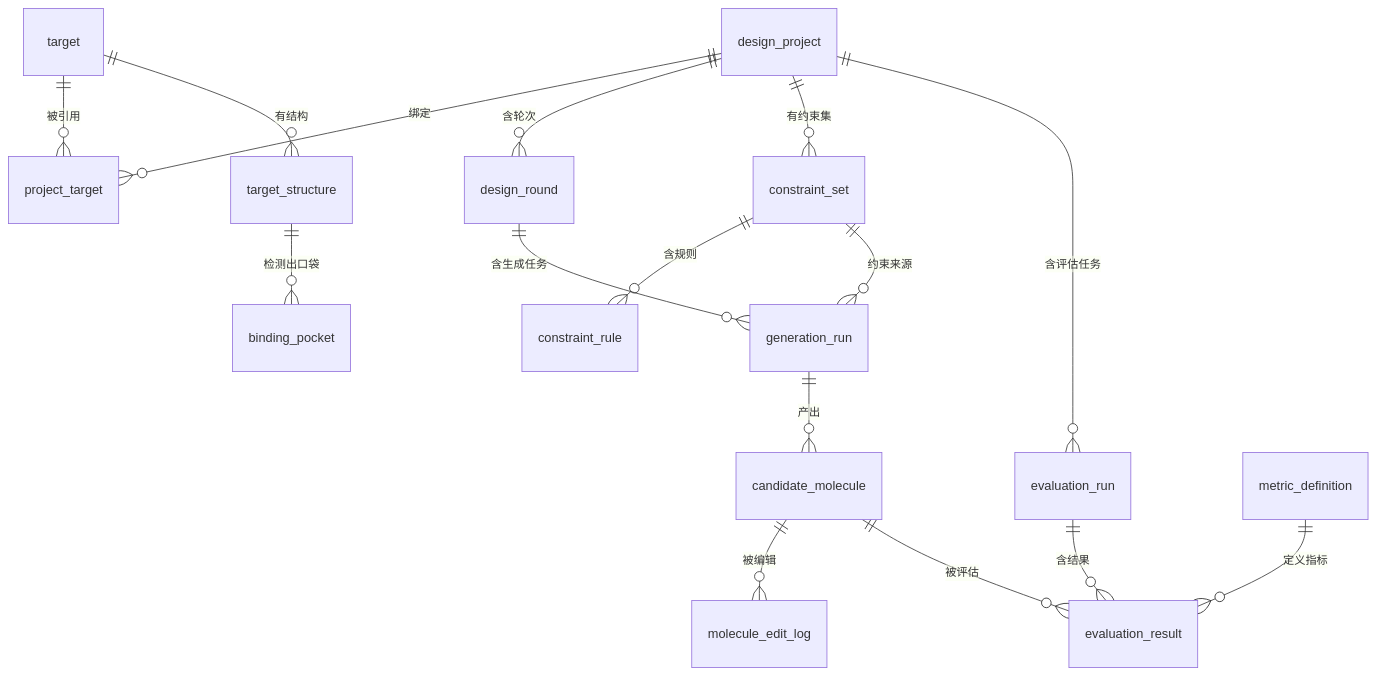
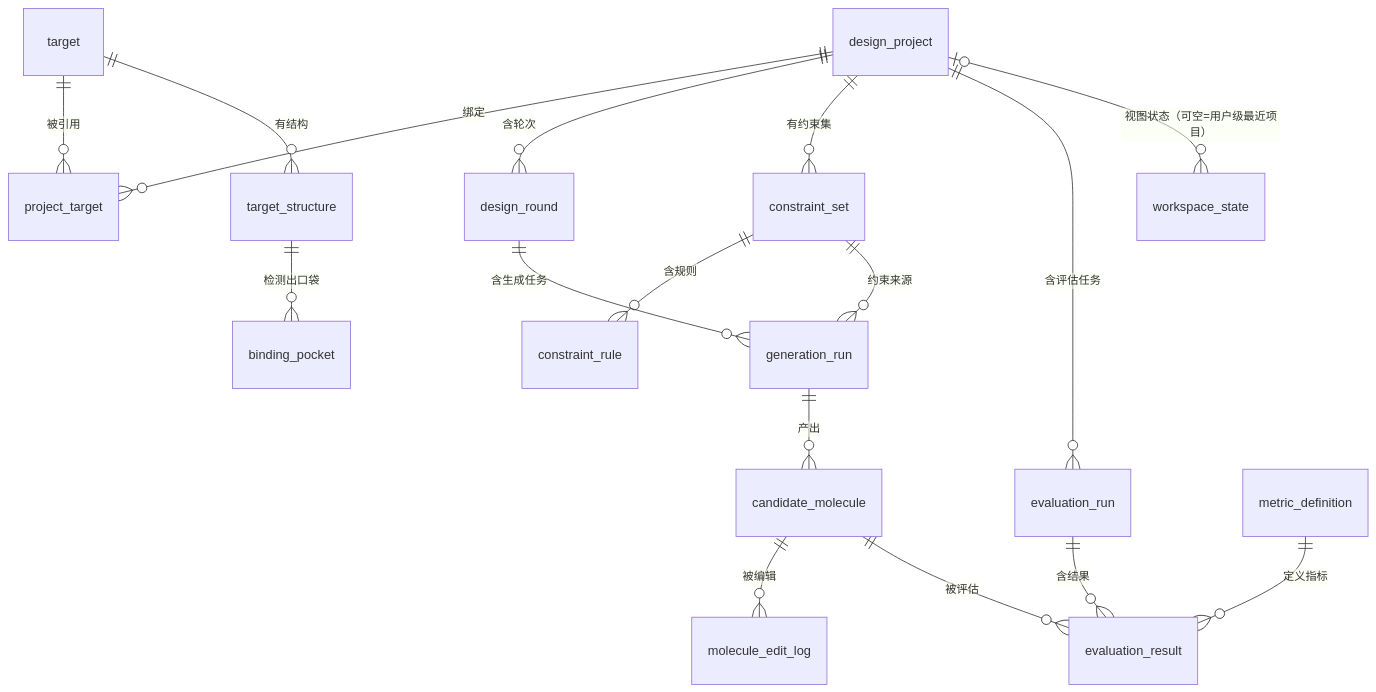
One commit to Ljz4777/SynPharm changed the fourth of 6 diagrams in docs/modules/design/00-总览与架构分工.md. Above: the diagram before and after it, drawn with Mermaid. The commit also changed other lines of this file and 1 other file, not shown here.

First line of the commit message:
docs(design): 明确第一阶段交付物为干实验 IDE，新增工作台与交互设计文档

````diff
--- a/docs/modules/design/00-总览与架构分工.md
+++ b/docs/modules/design/00-总览与架构分工.md
@@ -152,22 +215,23 @@
 ```mermaid
 erDiagram
     design_project ||--o{ project_target : "绑定"
     target ||--o{ project_target : "被引用"
     target ||--o{ target_structure : "有结构"
     target_structure ||--o{ binding_pocket : "检测出口袋"
 
     design_project ||--o{ design_round : "含轮次"
     design_project ||--o{ constraint_set : "有约束集"
     constraint_set ||--o{ constraint_rule : "含规则"
 
     design_round ||--o{ generation_run : "含生成任务"
     generation_run ||--o{ candidate_molecule : "产出"
     constraint_set ||--o{ generation_run : "约束来源"
 
     candidate_molecule ||--o{ molecule_edit_log : "被编辑"
     candidate_molecule ||--o{ evaluation_result : "被评估"
     evaluation_run ||--o{ evaluation_result : "含结果"
     metric_definition ||--o{ evaluation_result : "定义指标"
 
     design_project ||--o{ evaluation_run : "含评估任务"
+    design_project |o--o{ workspace_state : "视图状态（可空=用户级最近项目）"
 ```
````
